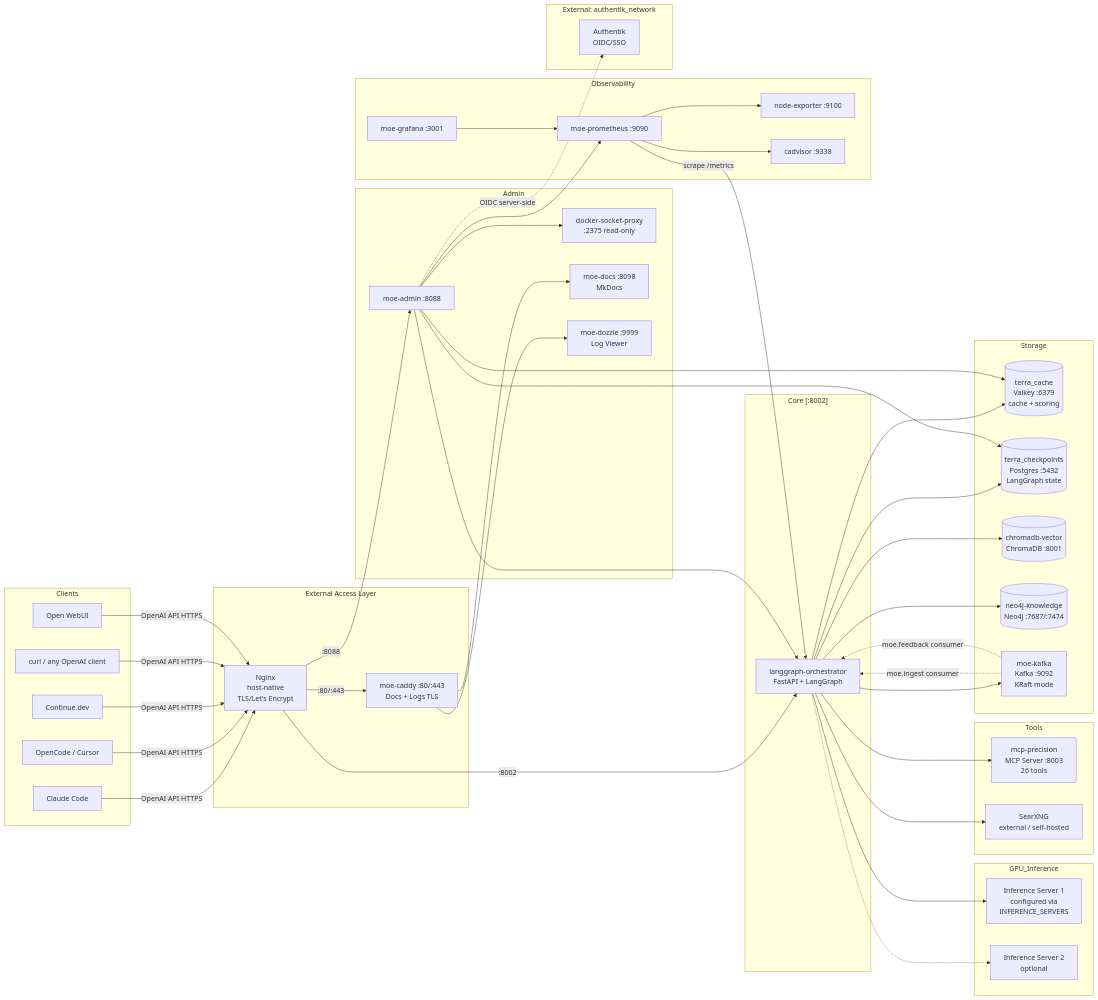
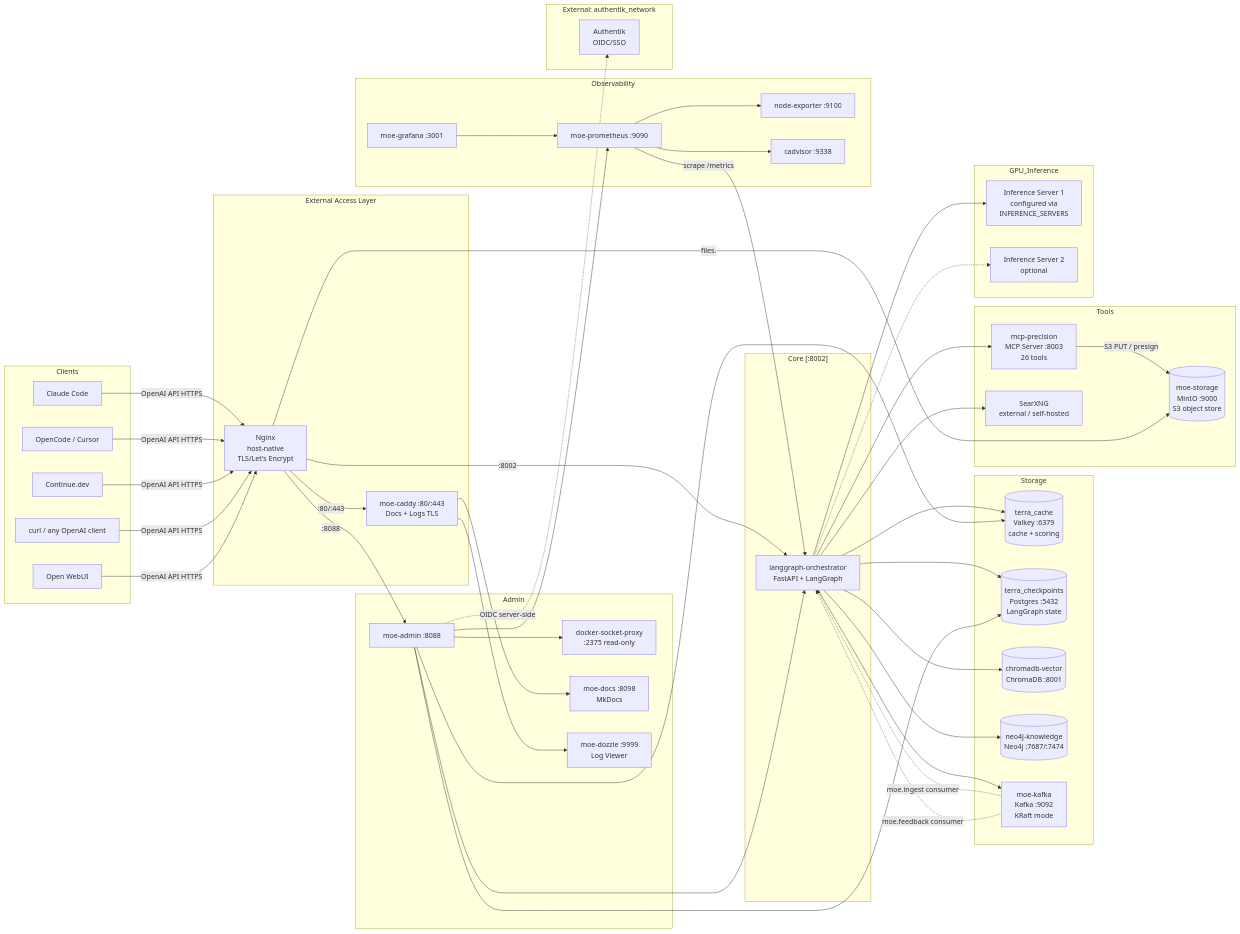
The second of 4 diagrams in docs/system/architecture.md (h3rb3rn/moe-sovereign), drawn with Mermaid before and after one commit. The commit also changed other lines of this file and 38 other files, not shown here.

```diff
--- a/docs/system/architecture.md
+++ b/docs/system/architecture.md
@@ -111,6 +111,7 @@
     subgraph Tools
         MCP[mcp-precision\nMCP Server :8003\n26 tools]
         SEARX[SearXNG\nexternal / self-hosted]
+        MINIO[(moe-storage\nMinIO :9000\nS3 object store)]
     end
 
     subgraph GPU_Inference
@@ -149,6 +150,8 @@
     ORCH --> KAFKA
     ORCH --> MCP
     ORCH --> SEARX
+    MCP -->|"S3 PUT / presign"| MINIO
+    NGINX -->|"files.<domain>"| MINIO
     ORCH --> INF1
     ORCH -.-> INF2
 
```
